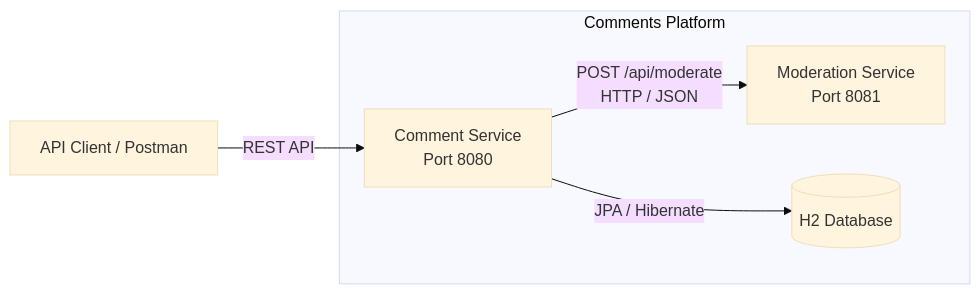
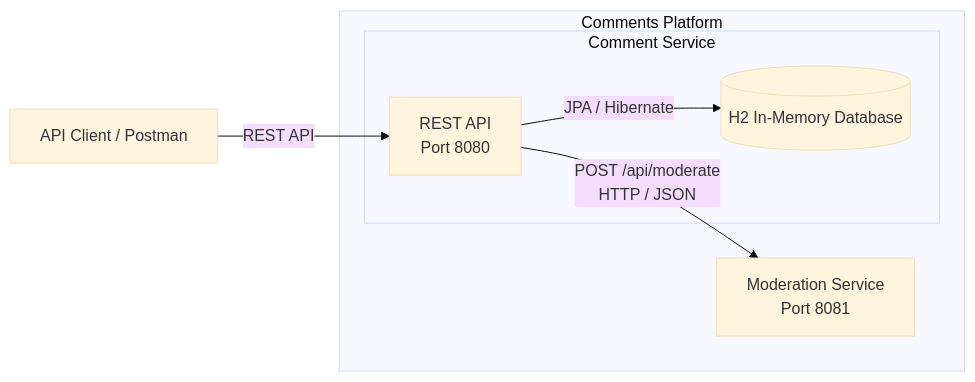
Before and after one commit to rochacamargovitor/comments-platform: the first of 3 diagrams in README.md, drawn with Mermaid (base theme). The commit also changed other lines of this file and 1 other file, not shown here.

Commit message:
docs: finalize project and architecture documentation

````diff
--- a/README.md
+++ b/README.md
@@ -18,15 +18,18 @@
 ```mermaid
 flowchart LR
-    Client[API Client / Postman]
+    Client["API Client / Postman"]
 
     subgraph Platform["Comments Platform"]
-        CS["Comment Service<br/>Port 8080"]
+        subgraph CommentService["Comment Service"]
+            CS["REST API<br/>Port 8080"]
+            DB[("H2 In-Memory Database")]
+            CS -->|"JPA / Hibernate"| DB
+        end
+
         MS["Moderation Service<br/>Port 8081"]
-        DB[("H2 Database")]
 
         CS -->|"POST /api/moderate<br/>HTTP / JSON"| MS
-        CS -->|"JPA / Hibernate"| DB
     end
 
     Client -->|"REST API"| CS
 ```
````
